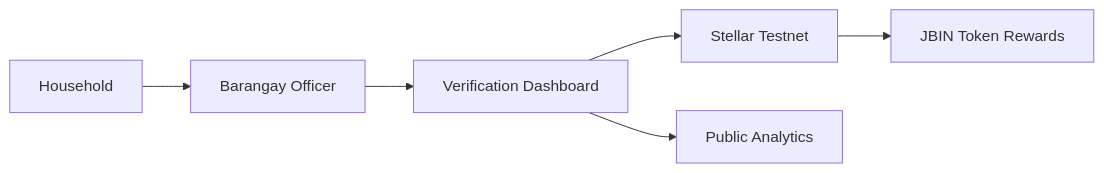
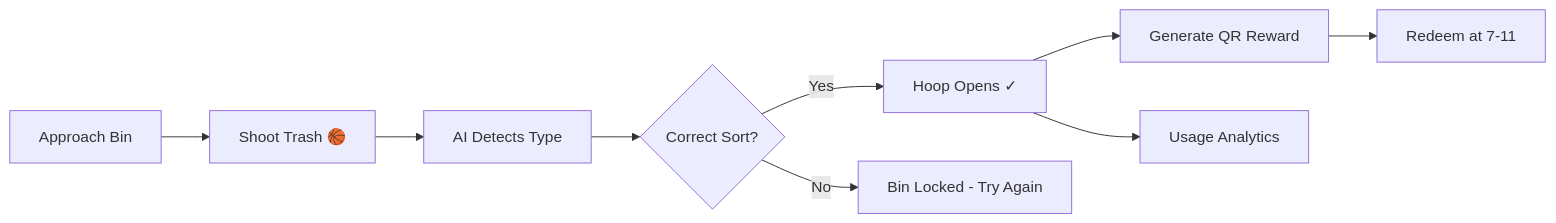
The diagram in README.md (elmergb/juanabin-landing-page), drawn with Mermaid before and after one commit. The commit also changed other lines of this file and 5 other files, not shown here.

````diff
--- a/README.md
+++ b/README.md
@@ -48,8 +130,11 @@
 ```mermaid
 flowchart LR
-  Household[Household] --> Officer[Barangay Officer]
-  Officer --> Dashboard[Verification Dashboard]
-  Dashboard --> Stellar[Stellar Testnet]
-  Stellar --> Rewards[JBIN Token Rewards]
-  Dashboard --> Analytics[Public Analytics]
+  User[Approach Bin] --> Shoot[Shoot Trash 🏀]
+  Shoot --> AI[AI Detects Type]
+  AI --> Validate{Correct Sort?}
+  Validate -->|Yes| Open[Hoop Opens ✓]
+  Validate -->|No| Lock[Bin Locked - Try Again]
+  Open --> QR[Generate QR Reward]
+  QR --> Store[Redeem at 7-11]
+  Open --> Data[Usage Analytics]
 ```
````
